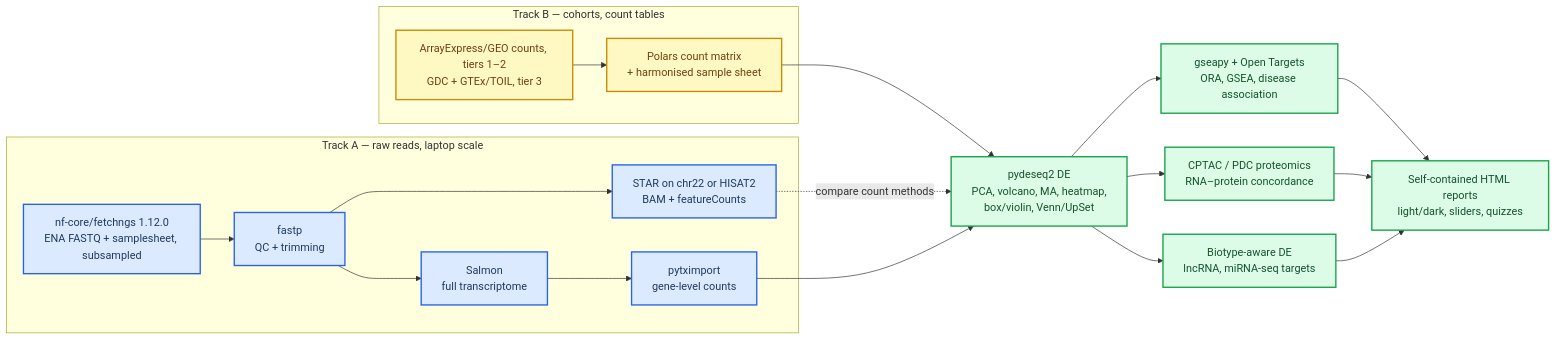
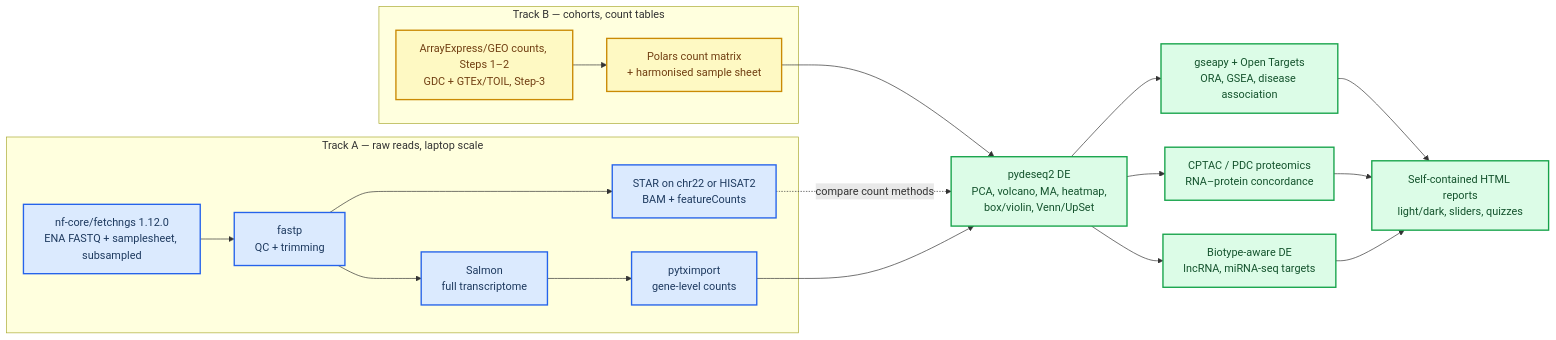
Before and after one commit to Aramburu-Lab/RNAseq_tutorial: the diagram in TODO.md, drawn with Mermaid. The commit also changed other lines of this file and 15 other files, not shown here.

First line of the commit message:
Tiers are called Steps; pages show Step-1; rules registered again (D-014)

````diff
--- a/TODO.md
+++ b/TODO.md
@@ -29,34 +29,34 @@
 ```mermaid
 flowchart LR
     accTitle: Two-Track Teaching Architecture
-    accDescr: Track A runs the complete read-level pipeline on subsampled FASTQ files so it fits a laptop. Track B uses count tables from immune-cell cohorts and, at tier 3, from TCGA and GTEx, for realistic cohort statistics. Both tracks feed the same differential expression and functional annotation modules; two integration modules compare RNA changes with proteomics and handle non-coding RNAs before reporting.
+    accDescr: Track A runs the complete read-level pipeline on subsampled FASTQ files so it fits a laptop. Track B uses count tables from immune-cell cohorts and, at Step-3, from TCGA and GTEx, for realistic cohort statistics. Both tracks feed the same differential expression and functional annotation modules; two integration modules compare RNA changes with proteomics and handle non-coding RNAs before reporting.
 
     subgraph track_a["Track A — raw reads, laptop scale"]
         fastq["nf-core/fetchngs 1.12.0<br/>ENA FASTQ + samplesheet, subsampled"] --> qc["fastp<br/>QC + trimming"]
         qc --> align["STAR on chr22 or HISAT2<br/>BAM + featureCounts"]
         qc --> salmon["Salmon<br/>full transcriptome"]
         salmon --> tximport["pytximport<br/>gene-level counts"]
     end
 
     subgraph track_b["Track B — cohorts, count tables"]
-        gdc["ArrayExpress/GEO counts, tiers 1–2<br/>GDC + GTEx/TOIL, tier 3"] --> matrix["Polars count matrix<br/>+ harmonised sample sheet"]
+        gdc["ArrayExpress/GEO counts, Steps 1–2<br/>GDC + GTEx/TOIL, Step-3"] --> matrix["Polars count matrix<br/>+ harmonised sample sheet"]
     end
 
     tximport --> de["pydeseq2 DE<br/>PCA, volcano, MA, heatmap,<br/>box/violin, Venn/UpSet"]
     matrix --> de
     align -.->|"compare count methods"| de
     de --> func["gseapy + Open Targets<br/>ORA, GSEA, disease association"]
     de --> prot["CPTAC / PDC proteomics<br/>RNA–protein concordance"]
     de --> ncrna["Biotype-aware DE<br/>lncRNA, miRNA-seq targets"]
     func --> report["Self-contained HTML reports<br/>light/dark, sliders, quizzes"]
     prot --> report
     ncrna --> report
 
     classDef reads fill:#dbeafe,stroke:#2563eb,stroke-width:2px,color:#1e3a5f
     classDef cohort fill:#fef9c3,stroke:#ca8a04,stroke-width:2px,color:#713f12
     classDef shared fill:#dcfce7,stroke:#16a34a,stroke-width:2px,color:#14532d
 
     class fastq,qc,align,salmon,tximport reads
     class gdc,matrix cohort
     class de,func,prot,ncrna,report shared
 ```
````
